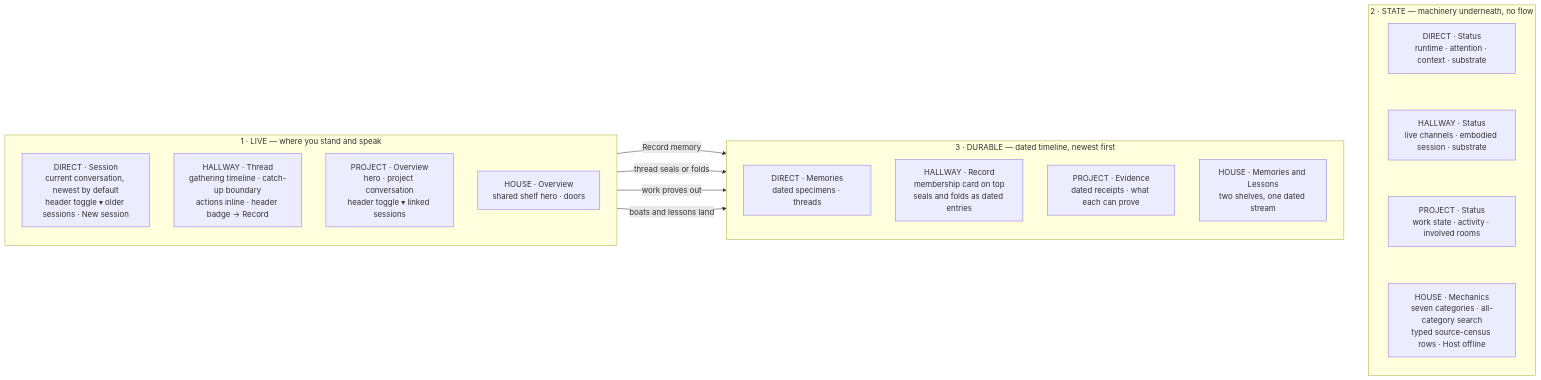
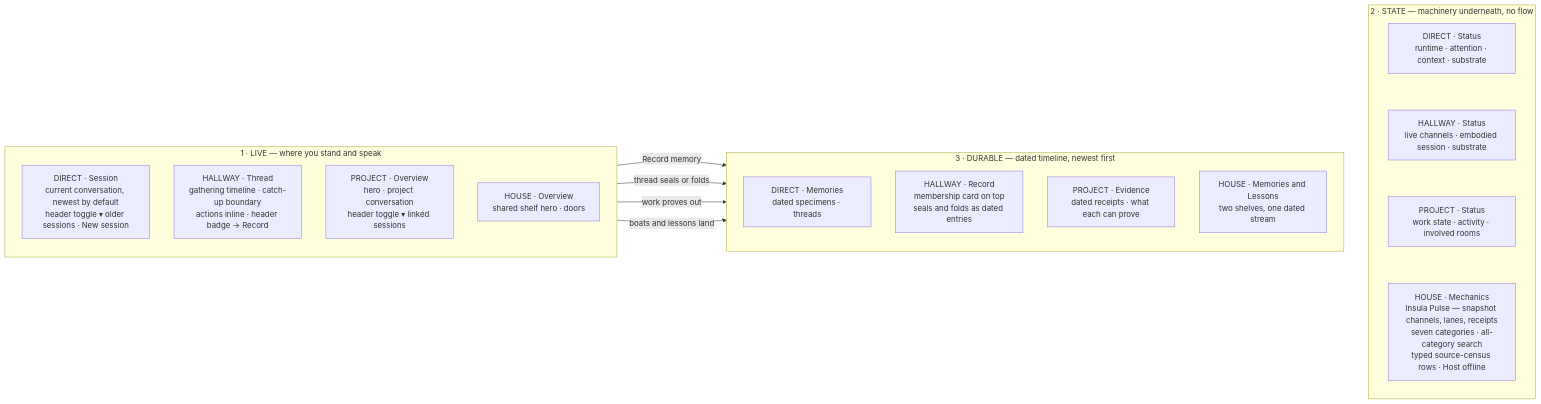
The second of 2 diagrams in gui-prototype/NAVIGATION_MAP.md (solarisael/the-athanor), drawn with Mermaid before and after one commit. The commit also changed 3 other files, not shown here.

First line of the commit message:
feat(gui-prototype): Insula Pulse — the day's real receipts in House slot 2

````diff
--- a/gui-prototype/NAVIGATION_MAP.md
+++ b/gui-prototype/NAVIGATION_MAP.md
@@ -46,37 +46,37 @@
 ```mermaid
 flowchart LR
 
 subgraph LIVE["1 · LIVE — where you stand and speak"]
   direction TB
   dLive["DIRECT · Session<br>current conversation, newest by default<br>header toggle ▾ older sessions · New session"]
   hLive["HALLWAY · Thread<br>gathering timeline · catch-up boundary<br>actions inline · header badge → Record"]
   pLive["PROJECT · Overview<br>hero · project conversation<br>header toggle ▾ linked sessions"]
   houseLive["HOUSE · Overview<br>shared shelf hero · doors"]
 end
 
 subgraph DUR["3 · DURABLE — dated timeline, newest first"]
   direction TB
   dDur["DIRECT · Memories<br>dated specimens · threads"]
   hDur["HALLWAY · Record<br>membership card on top<br>seals and folds as dated entries"]
   pDur["PROJECT · Evidence<br>dated receipts · what each can prove"]
   houseDur["HOUSE · Memories and Lessons<br>two shelves, one dated stream"]
 end
 
 subgraph STATE["2 · STATE — machinery underneath, no flow"]
   direction TB
   dState["DIRECT · Status<br>runtime · attention · context · substrate"]
   hState["HALLWAY · Status<br>live channels · embodied session · substrate"]
   pState["PROJECT · Status<br>work state · activity · involved rooms"]
-  houseState["HOUSE · Mechanics<br>seven categories · all-category search<br>typed source-census rows · Host offline"]
+  houseState["HOUSE · Mechanics<br>Insula Pulse — snapshot channels, lanes, receipts<br>seven categories · all-category search<br>typed source-census rows · Host offline"]
 end
 
 dState ~~~ hState ~~~ pState ~~~ houseState
 
 dLive -->|"Record memory"| dDur
 hLive -->|"thread seals or folds"| hDur
 pLive -->|"work proves out"| pDur
 houseLive -->|"boats and lessons land"| houseDur
 
 LIVE ~~~ DUR
 DUR ~~~ STATE
 ```
````
